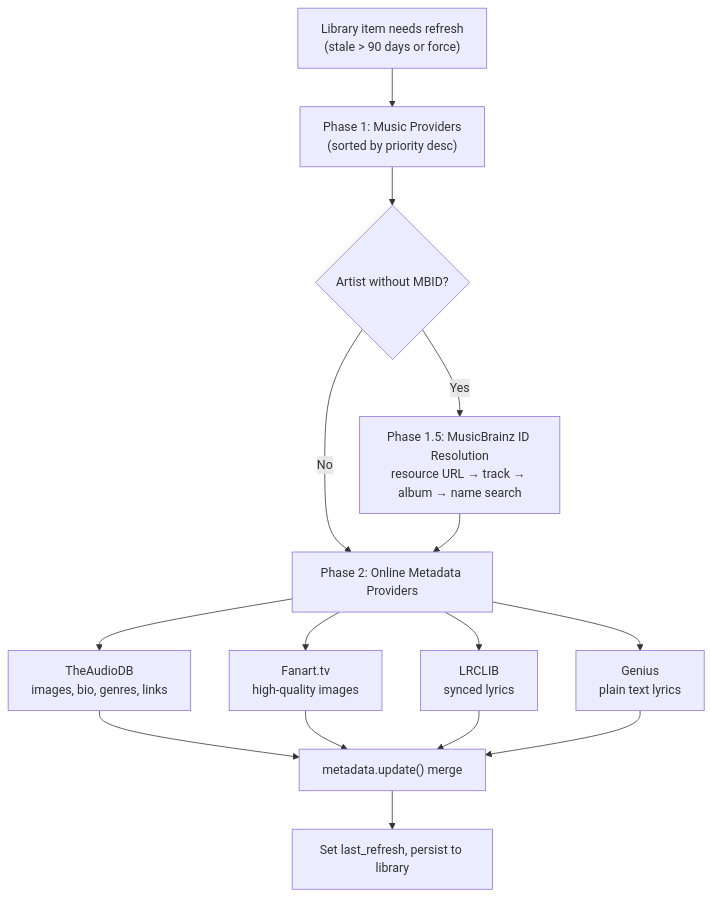
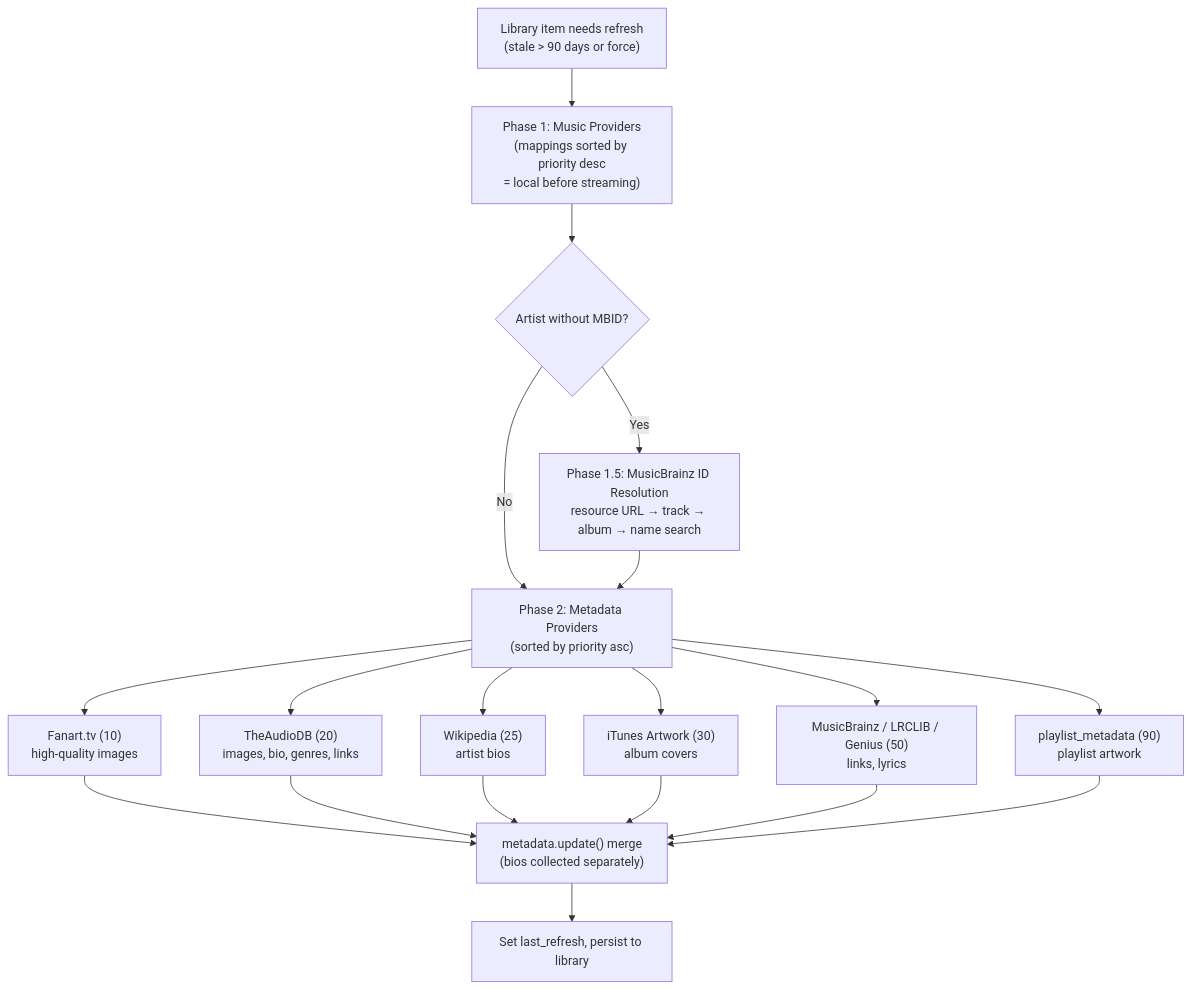
Before and after one commit to theturtle32/music-assistant-server: the diagram in docs/architecture/14-metadata.md, drawn with Mermaid. The commit also changed other lines of this file and 1 other file, not shown here.

First line of the commit message:
docs(architecture): metadata package, opaque image proxy and provider priority fixes

````diff
--- a/docs/architecture/14-metadata.md
+++ b/docs/architecture/14-metadata.md
@@ -9,14 +9,16 @@
 ```mermaid
 flowchart TD
-    A["Library item needs refresh<br/>(stale > 90 days or force)"] --> B["Phase 1: Music Providers<br/>(sorted by priority desc)"]
+    A["Library item needs refresh<br/>(stale > 90 days or force)"] --> B["Phase 1: Music Providers<br/>(mappings sorted by priority desc<br/>= local before streaming)"]
     B --> C{"Artist without MBID?"}
     C -->|Yes| D["Phase 1.5: MusicBrainz ID Resolution<br/>resource URL → track → album → name search"]
-    C -->|No| E["Phase 2: Online Metadata Providers"]
+    C -->|No| E["Phase 2: Metadata Providers<br/>(sorted by priority asc)"]
     D --> E
-    E --> F["TheAudioDB<br/>images, bio, genres, links"]
-    E --> G["Fanart.tv<br/>high-quality images"]
-    E --> H["LRCLIB<br/>synced lyrics"]
-    E --> I["Genius<br/>plain text lyrics"]
-    F & G & H & I --> J["metadata.update() merge"]
-    J --> K["Set last_refresh, persist to library"]
+    E --> F["Fanart.tv (10)<br/>high-quality images"]
+    E --> G["TheAudioDB (20)<br/>images, bio, genres, links"]
+    E --> H["Wikipedia (25)<br/>artist bios"]
+    E --> I["iTunes Artwork (30)<br/>album covers"]
+    E --> J["MusicBrainz / LRCLIB / Genius (50)<br/>links, lyrics"]
+    E --> K["playlist_metadata (90)<br/>playlist artwork"]
+    F & G & H & I & J & K --> L["metadata.update() merge<br/>(bios collected separately)"]
+    L --> M["Set last_refresh, persist to library"]
 ```
````
